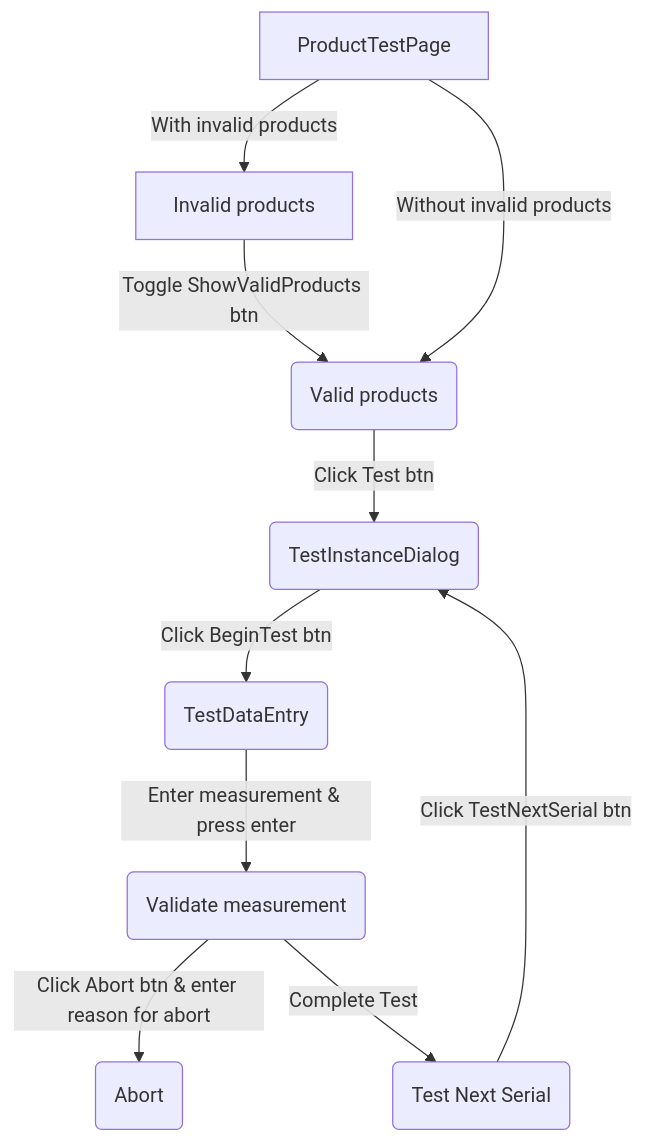
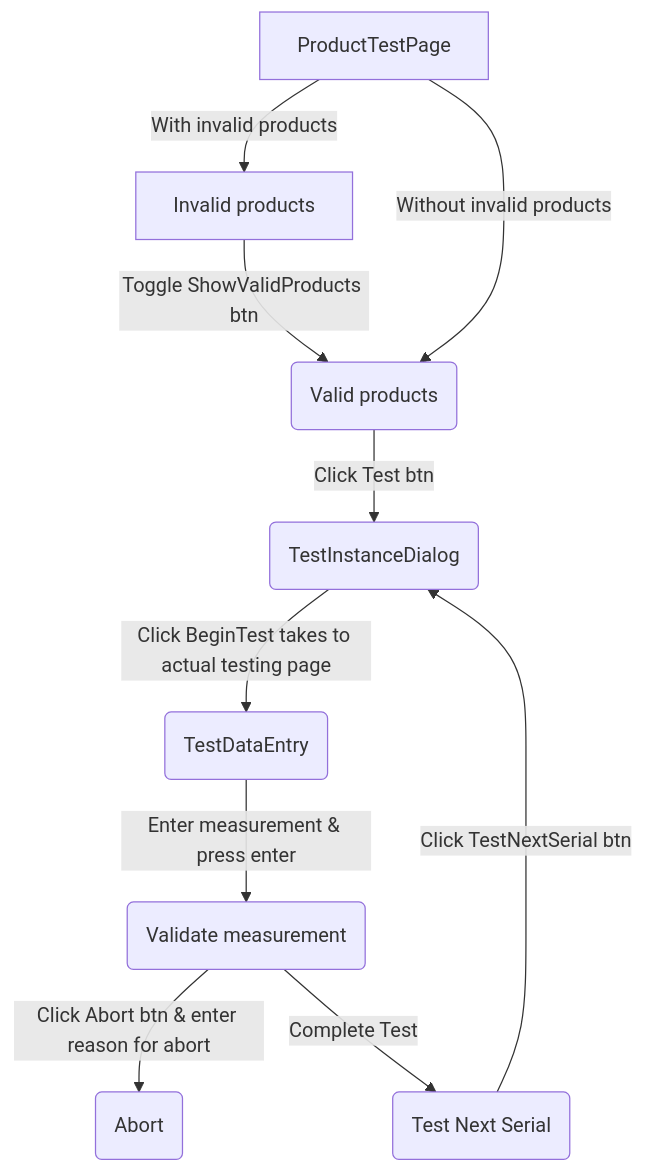
Before and after one commit to tvpkn-9192/CV: the first of 2 diagrams in abc.md, drawn with Mermaid.

````diff
--- a/abc.md
+++ b/abc.md
@@ -1,12 +1,12 @@
 ```mermaid
    flowchart TD
     A[ProductTestPage] -->|With invalid products| B(Invalid products)
     B[Invalid products] -->|Toggle ShowValidProducts btn| C(Valid products)
     A[ProductTestPage] -->|Without invalid products| C(Valid products)
     C --> |Click Test btn| D(TestInstanceDialog)
-    D --> |Click BeginTest btn| E(TestDataEntry)
+    D --> |Click BeginTest takes to actual testing page| E(TestDataEntry)
     E --> |Enter measurement & press enter| F(Validate measurement)
     F --> |Click Abort btn & enter reason for abort| G(Abort)
     F --> |Complete Test| H(Test Next Serial)
     H --> |Click TestNextSerial btn| D
 ```
````
